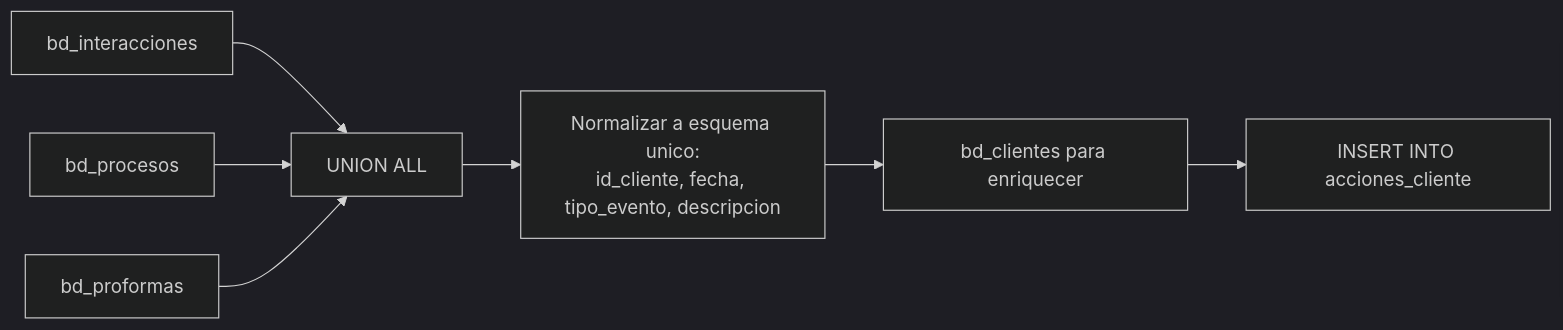
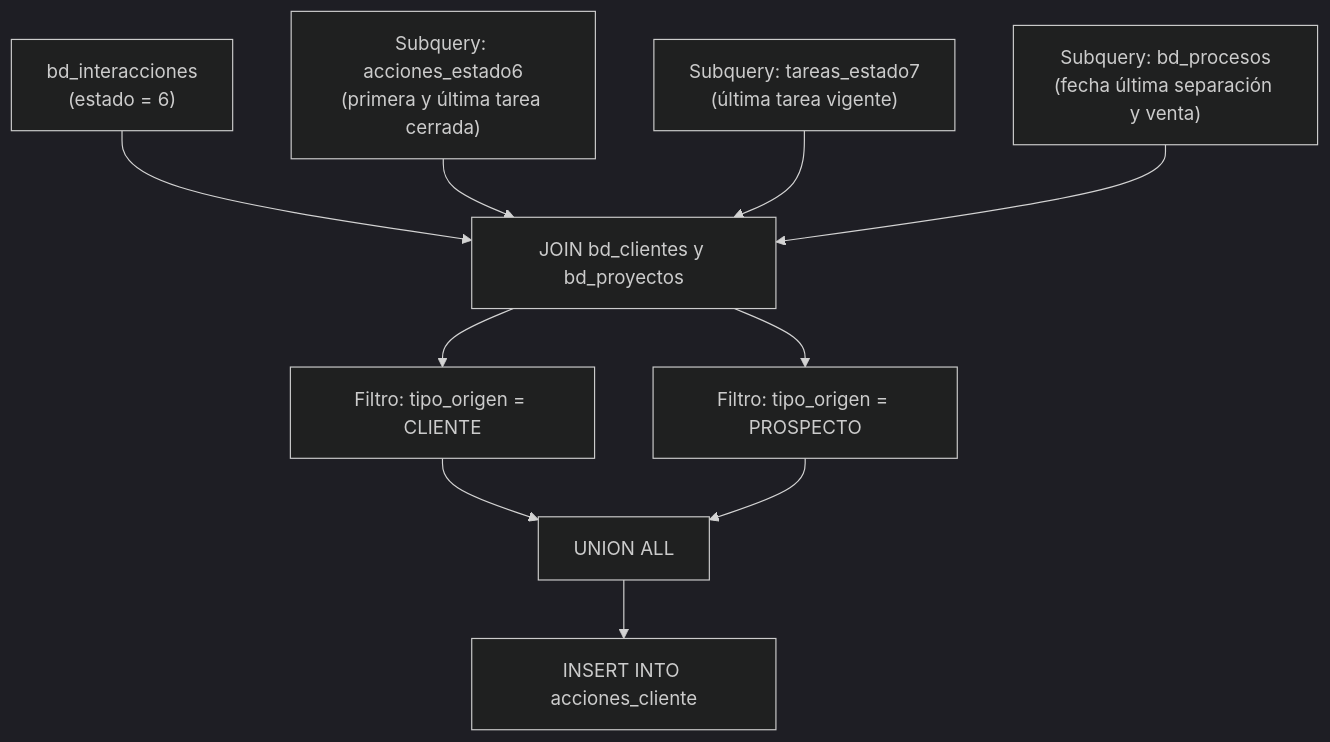
Before and after one commit to edwardvelo-performance/docs: the diagram in business_logic/05_dashboard_calc/acciones_cliente.md, drawn with Mermaid (dark theme). The commit also changed other lines of this file and 15 other files, not shown here.

````diff
--- a/business_logic/05_dashboard_calc/acciones_cliente.md
+++ b/business_logic/05_dashboard_calc/acciones_cliente.md
@@ -34,9 +35,16 @@
 ```mermaid
-flowchart LR
-    A["bd_interacciones"] --> U["UNION ALL"]
-    B["bd_procesos"] --> U
-    C["bd_proformas"] --> U
-    U --> N["Normalizar a esquema unico:<br/>id_cliente, fecha, tipo_evento, descripcion"]
-    N --> D["bd_clientes para enriquecer"]
-    D --> X["INSERT INTO acciones_cliente"]
+flowchart TD
+    A["bd_interacciones<br/>(estado = 6)"] --> J["JOIN bd_clientes y bd_proyectos"]
+    
+    B["Subquery: acciones_estado6<br/>(primera y última tarea cerrada)"] --> J
+    C["Subquery: tareas_estado7<br/>(última tarea vigente)"] --> J
+    D["Subquery: bd_procesos<br/>(fecha última separación y venta)"] --> J
+
+    J --> S1["Filtro: tipo_origen = CLIENTE"]
+    J --> S2["Filtro: tipo_origen = PROSPECTO"]
+    
+    S1 --> U["UNION ALL"]
+    S2 --> U
+    
+    U --> X["INSERT INTO acciones_cliente"]
 ```
````
